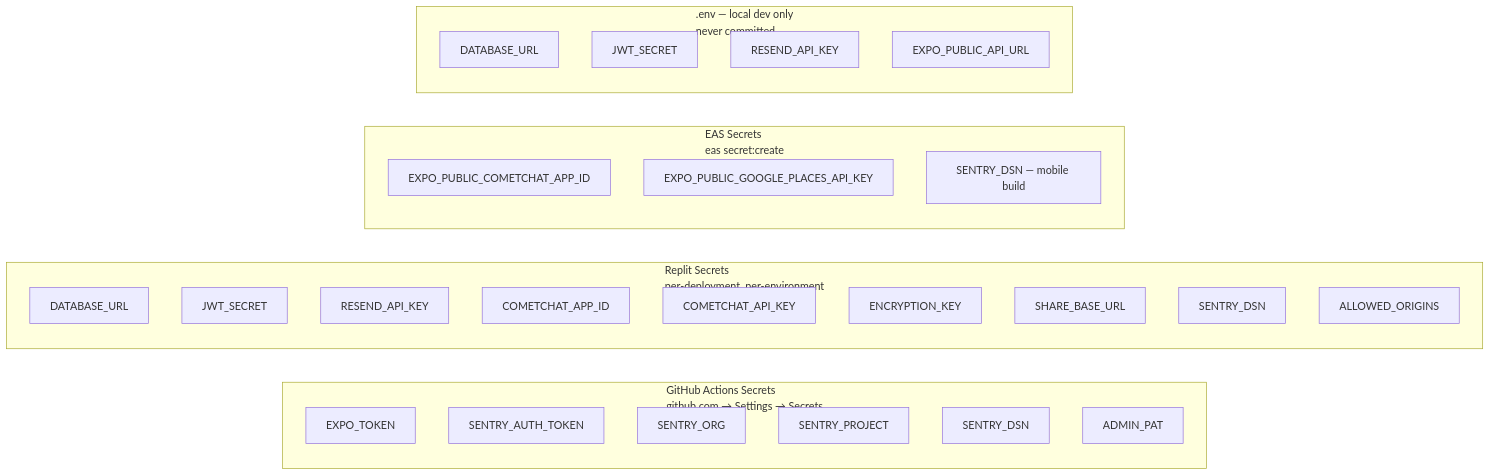
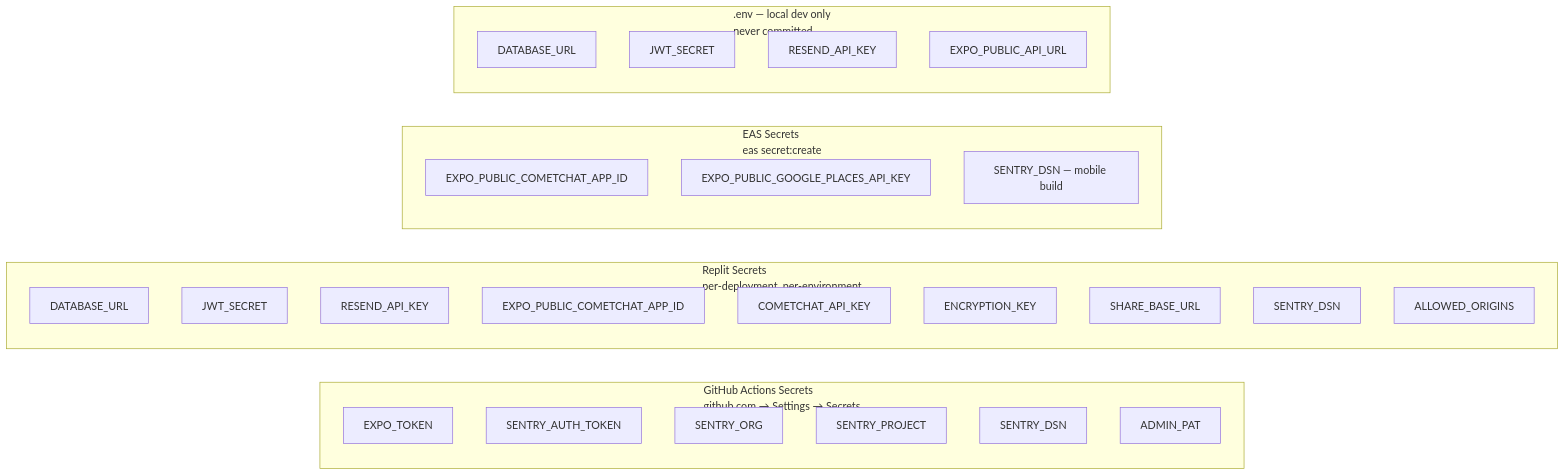
The fourth of 4 diagrams in docs/TESTING_AND_DEPLOYMENT.md (tjsinghbubble/Community-Bubbles), drawn with Mermaid before and after one commit. The commit also changed other lines of this file and 56 other files, not shown here.

````diff
--- a/docs/TESTING_AND_DEPLOYMENT.md
+++ b/docs/TESTING_AND_DEPLOYMENT.md
@@ -284,36 +284,36 @@
 ```mermaid
 graph LR
     subgraph GH["GitHub Actions Secrets\ngithub.com → Settings → Secrets"]
         G1[EXPO_TOKEN]
         G2[SENTRY_AUTH_TOKEN]
         G3[SENTRY_ORG]
         G4[SENTRY_PROJECT]
         G5[SENTRY_DSN]
         G6[ADMIN_PAT]
     end
 
     subgraph REPLIT["Replit Secrets\nper-deployment, per-environment"]
         R1[DATABASE_URL]
         R2[JWT_SECRET]
         R3[RESEND_API_KEY]
-        R4[COMETCHAT_APP_ID]
+        R4[EXPO_PUBLIC_COMETCHAT_APP_ID]
         R5[COMETCHAT_API_KEY]
         R6[ENCRYPTION_KEY]
         R7[SHARE_BASE_URL]
         R8[SENTRY_DSN]
         R9[ALLOWED_ORIGINS]
     end
 
     subgraph EAS["EAS Secrets\neas secret:create"]
         E1[EXPO_PUBLIC_COMETCHAT_APP_ID]
         E2[EXPO_PUBLIC_GOOGLE_PLACES_API_KEY]
         E3[SENTRY_DSN — mobile build]
     end
 
     subgraph LOCAL[".env — local dev only\nnever committed"]
         L1[DATABASE_URL]
         L2[JWT_SECRET]
         L3[RESEND_API_KEY]
         L4[EXPO_PUBLIC_API_URL]
     end
 ```
````
